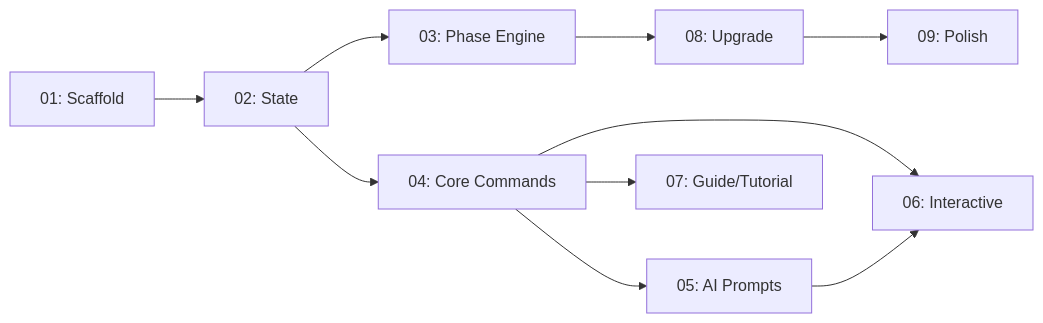
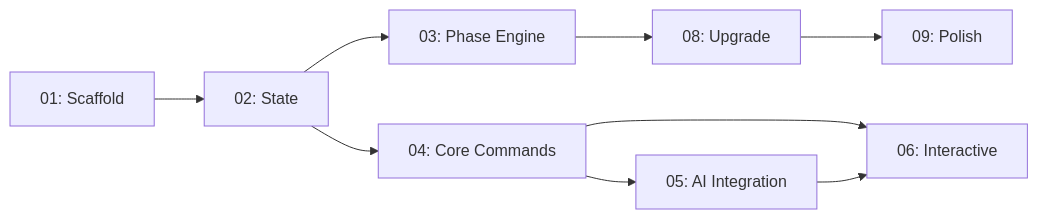
The diagram in planning/active/006-archon-cli/01-expansion.md (cmartinezs/ddd-hexagonal-ai-template), drawn with Mermaid before and after one commit. The commit also changed other lines of this file and 5 other files, not shown here.

````diff
--- a/planning/active/006-archon-cli/01-expansion.md
+++ b/planning/active/006-archon-cli/01-expansion.md
@@ -26,12 +26,11 @@
 ```mermaid
 flowchart LR
     S01[01: Scaffold] --> S02[02: State]
     S02 --> S03[03: Phase Engine]
     S02 --> S04[04: Core Commands]
     S03 --> S08[08: Upgrade]
-    S04 --> S05[05: AI Prompts]
+S04 --> S05[05: AI Integration]
     S04 --> S06[06: Interactive]
-    S04 --> S07[07: Guide/Tutorial]
     S05 --> S06
     S08 --> S09[09: Polish]
 ```
````
